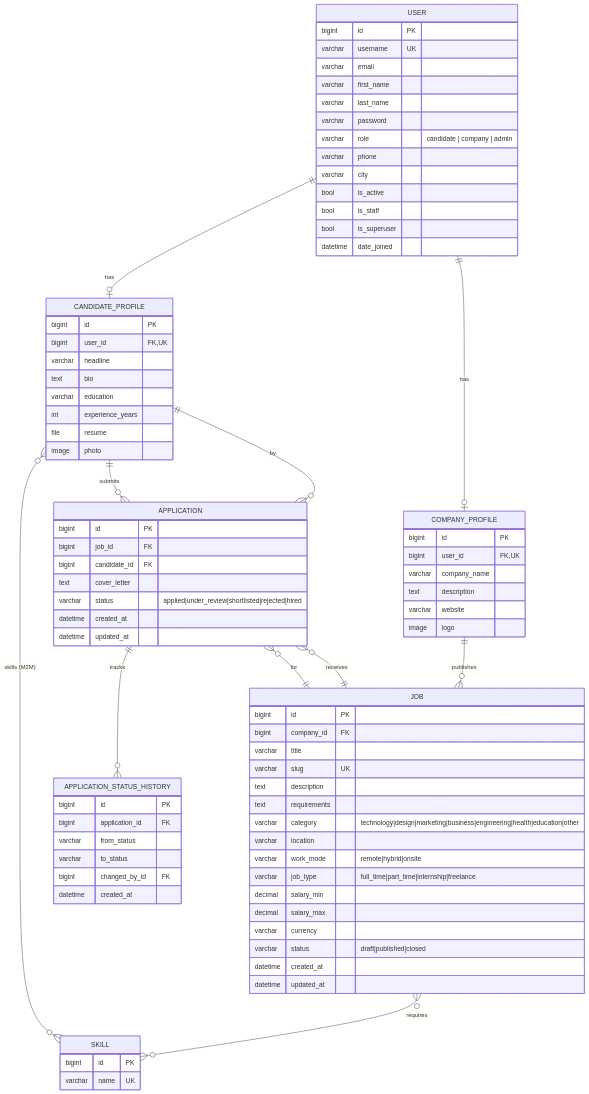
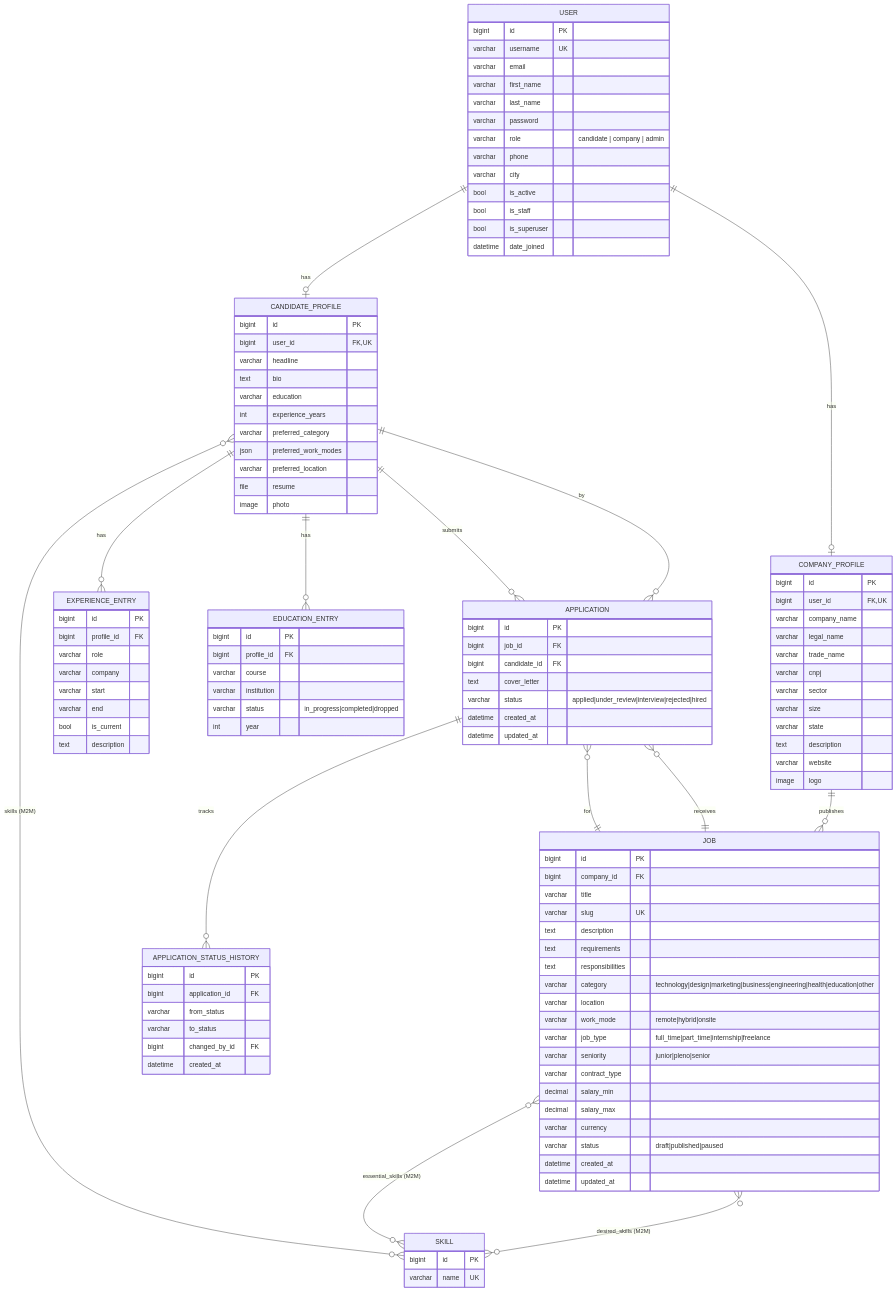
The diagram in docs/DATABASE_DIAGRAM.md (PedroG0612/TCC-test), drawn with Mermaid before and after one commit. The commit also changed other lines of this file and 55 other files, not shown here.

```diff
--- a/docs/DATABASE_DIAGRAM.md
+++ b/docs/DATABASE_DIAGRAM.md
@@ -8,8 +8,11 @@
     USER ||--o| CANDIDATE_PROFILE : has
     USER ||--o| COMPANY_PROFILE : has
     CANDIDATE_PROFILE }o--o{ SKILL : "skills (M2M)"
+    CANDIDATE_PROFILE ||--o{ EXPERIENCE_ENTRY : has
+    CANDIDATE_PROFILE ||--o{ EDUCATION_ENTRY : has
     COMPANY_PROFILE ||--o{ JOB : publishes
-    JOB }o--o{ SKILL : requires
+    JOB }o--o{ SKILL : "essential_skills (M2M)"
+    JOB }o--o{ SKILL : "desired_skills (M2M)"
     JOB ||--o{ APPLICATION : receives
     CANDIDATE_PROFILE ||--o{ APPLICATION : submits
     APPLICATION ||--o{ APPLICATION_STATUS_HISTORY : tracks
@@ -39,14 +42,43 @@
         text bio
         varchar education
         int experience_years
+        varchar preferred_category
+        json preferred_work_modes
+        varchar preferred_location
         file resume
         image photo
+    }
+
+    EXPERIENCE_ENTRY {
+        bigint id PK
+        bigint profile_id FK
+        varchar role
+        varchar company
+        varchar start
+        varchar end
+        bool is_current
+        text description
+    }
+
+    EDUCATION_ENTRY {
+        bigint id PK
+        bigint profile_id FK
+        varchar course
+        varchar institution
+        varchar status "in_progress|completed|dropped"
+        int year
     }
 
     COMPANY_PROFILE {
         bigint id PK
         bigint user_id FK,UK
         varchar company_name
+        varchar legal_name
+        varchar trade_name
+        varchar cnpj
+        varchar sector
+        varchar size
+        varchar state
         text description
         varchar website
         image logo
@@ -64,14 +96,17 @@
         varchar slug UK
         text description
         text requirements
+        text responsibilities
         varchar category "technology|design|marketing|business|engineering|health|education|other"
         varchar location
         varchar work_mode "remote|hybrid|onsite"
         varchar job_type "full_time|part_time|internship|freelance"
+        varchar seniority "junior|pleno|senior"
+        varchar contract_type
         decimal salary_min
         decimal salary_max
         varchar currency
-        varchar status "draft|published|closed"
+        varchar status "draft|published|paused"
         datetime created_at
         datetime updated_at
     }
@@ -81,7 +116,7 @@
         bigint job_id FK
         bigint candidate_id FK
         text cover_letter
-        varchar status "applied|under_review|shortlisted|rejected|hired"
+        varchar status "applied|under_review|interview|rejected|hired"
         datetime created_at
         datetime updated_at
     }
```
